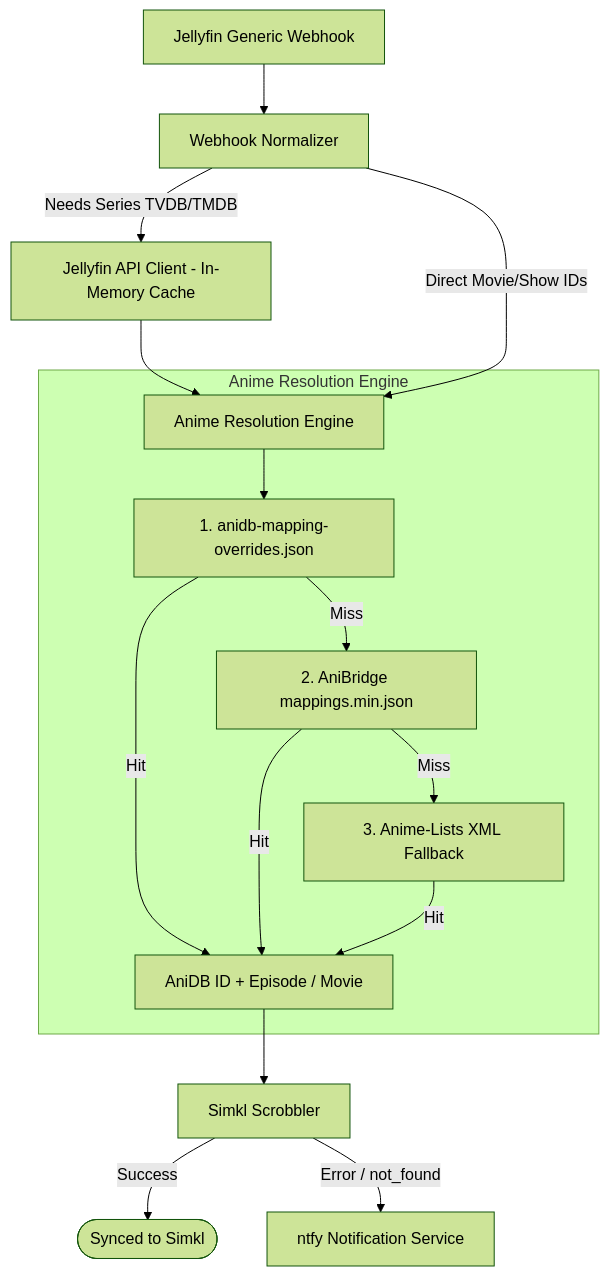
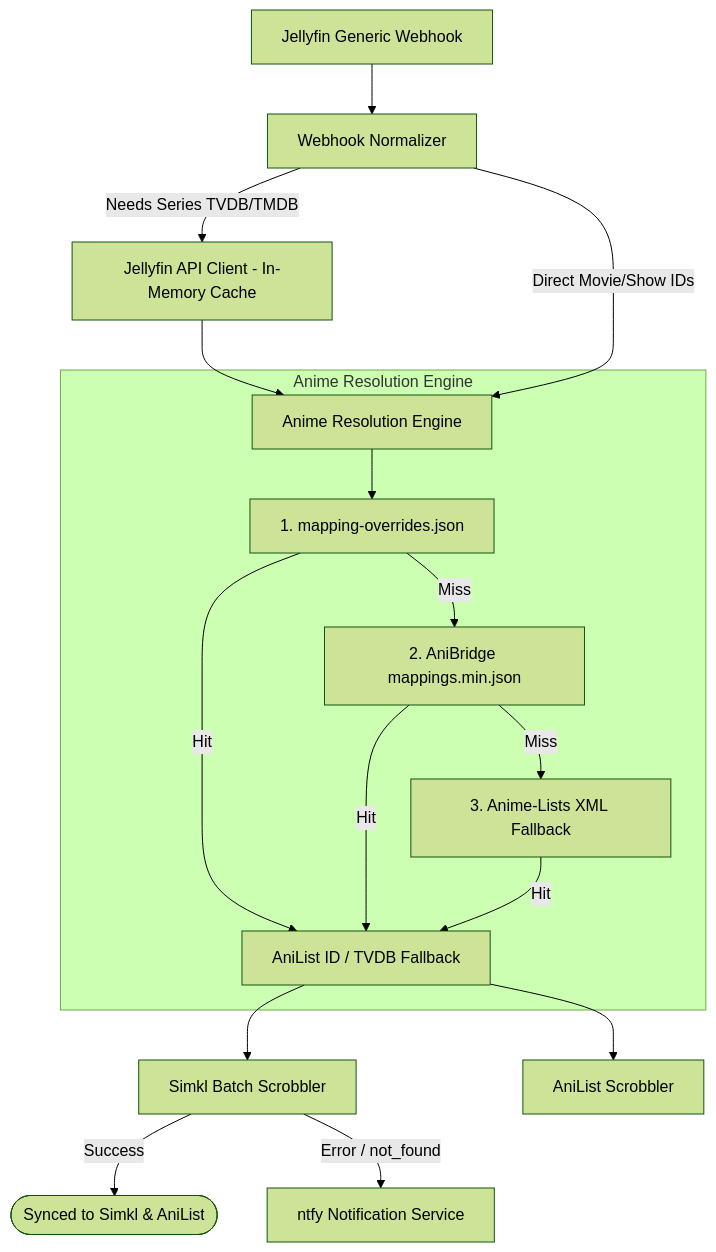
The diagram in docs/PLAN.md (dancoto/jellyfin-simkl-sync), drawn with Mermaid (forest theme) before and after one commit. The commit also changed other lines of this file and 42 other files, not shown here.

````diff
--- a/docs/PLAN.md
+++ b/docs/PLAN.md
@@ -27,21 +28,22 @@
 ```mermaid
 flowchart TD
     JF[Jellyfin Generic Webhook] --> Normalizer[Webhook Normalizer]
     Normalizer -->|Needs Series TVDB/TMDB| JFClient[Jellyfin API Client - In-Memory Cache]
     JFClient --> AnimeResolver
     Normalizer -->|Direct Movie/Show IDs| AnimeResolver[Anime Resolution Engine]
 
     subgraph Resolution_Pipeline["Anime Resolution Engine"]
-        AnimeResolver --> Ovr[1. anidb-mapping-overrides.json]
+        AnimeResolver --> Ovr[1. mapping-overrides.json]
         Ovr -->|Miss| Bridge[2. AniBridge mappings.min.json]
         Bridge -->|Miss| AList[3. Anime-Lists XML Fallback]
 
-        Ovr -->|Hit| Match[AniDB ID + Episode / Movie]
+        Ovr -->|Hit| Match[AniList ID / TVDB Fallback]
         Bridge -->|Hit| Match
         AList -->|Hit| Match
     end
 
-    Match --> Simkl[Simkl Scrobbler]
-    Simkl -->|Success| Done([Synced to Simkl])
+    Match --> Simkl[Simkl Batch Scrobbler]
+    Match --> AniList[AniList Scrobbler]
+    Simkl -->|Success| Done([Synced to Simkl & AniList])
     Simkl -->|Error / not_found| Ntfy[ntfy Notification Service]
 ```
````
